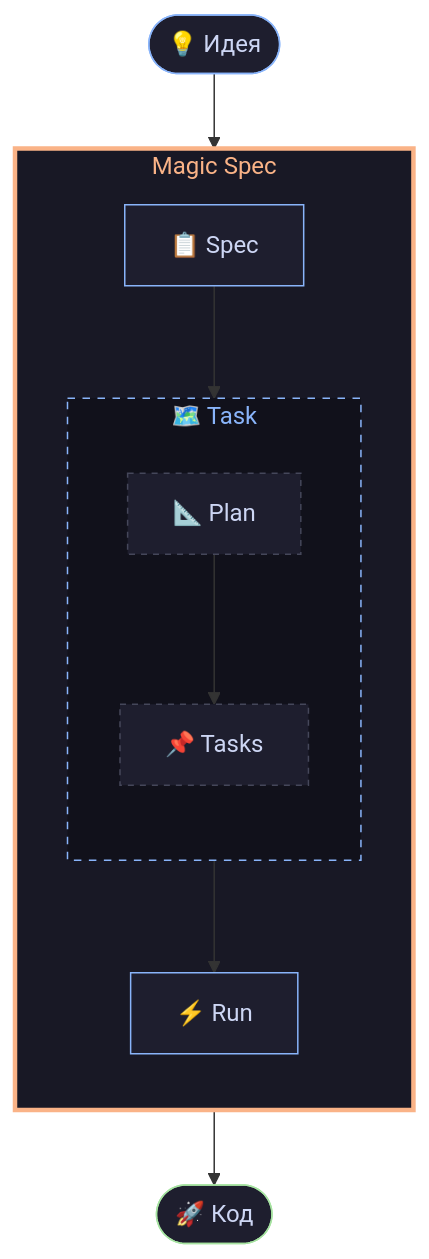
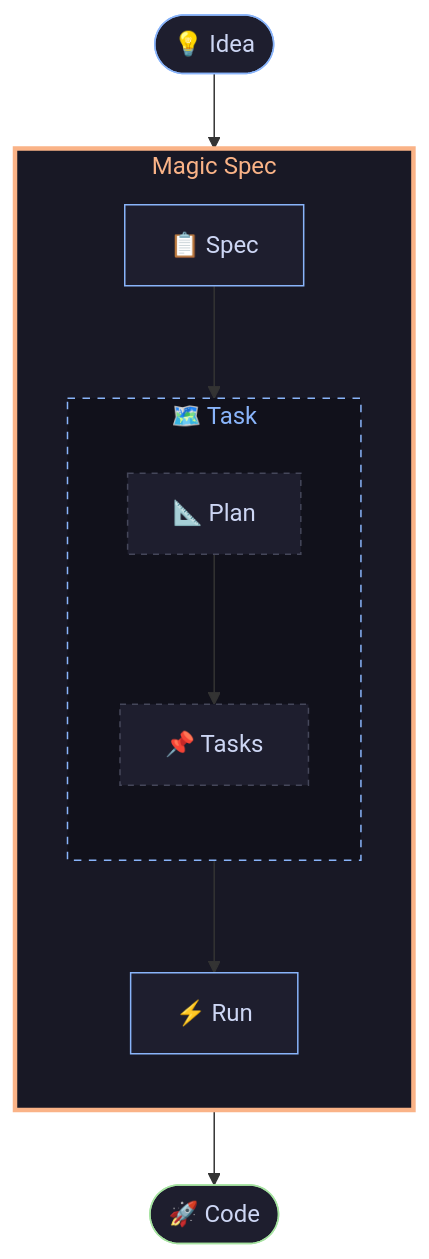
Before and after one commit to teratron/magic-spec: the diagram in README.md, drawn with Mermaid. The commit also changed 8 other files, not shown here.

````diff
--- a/README.md
+++ b/README.md
@@ -56,39 +56,39 @@
 ```mermaid
 flowchart TB
-    IDEA(["💡 Идея"])
+    IDEA(["💡 Idea"])
 
     subgraph BOX ["Magic Spec"]
         direction TB
 
         SPEC["📋 Spec"]
 
         subgraph TASK ["🗺️ Task"]
             direction TB
             PLAN["📐 Plan"]
             TASKS["📌 Tasks"]
             PLAN --> TASKS
         end
 
         RUN["⚡ Run"]
 
         SPEC  --> PLAN
         TASKS --> RUN
     end
 
-    CODE(["🚀 Код"])
+    CODE(["🚀 Code"])
 
     IDEA --> SPEC
     RUN  --> CODE
 
     style IDEA  fill:#1e1e2e,stroke:#89b4fa,color:#cdd6f4
     style CODE  fill:#1e1e2e,stroke:#a6e3a1,color:#cdd6f4
 
     style BOX   fill:#181825,stroke:#fab387,stroke-width:3px,color:#fab387
 
     style SPEC  fill:#1e1e2e,stroke:#89b4fa,color:#cdd6f4
     style RUN   fill:#1e1e2e,stroke:#89b4fa,color:#cdd6f4
 
     style TASK  fill:#11111b,stroke:#89b4fa,stroke-dasharray:5 5,color:#89b4fa
     style PLAN  fill:#1e1e2e,stroke:#45475a,stroke-dasharray:4 4,color:#cdd6f4
     style TASKS fill:#1e1e2e,stroke:#45475a,stroke-dasharray:4 4,color:#cdd6f4
 ```
````
